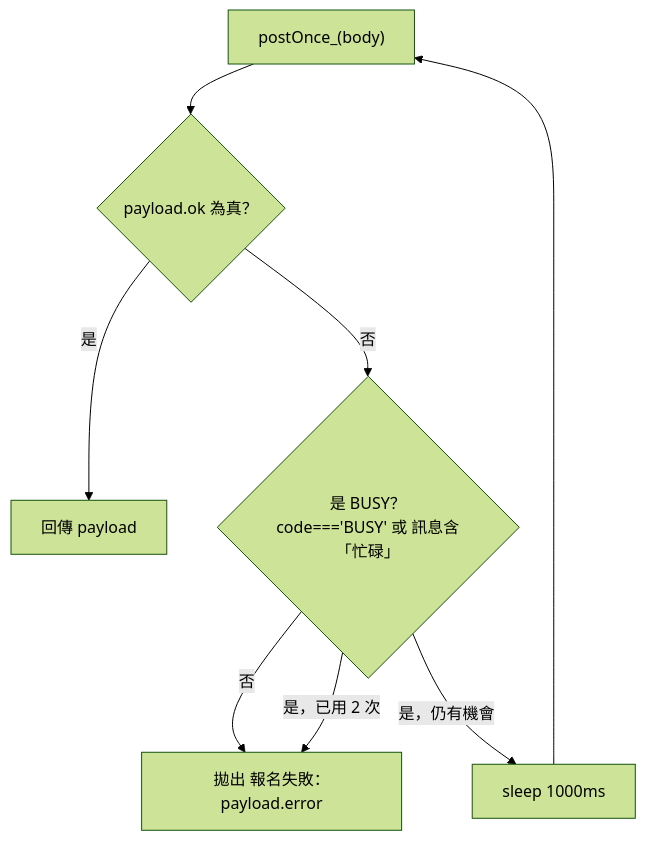
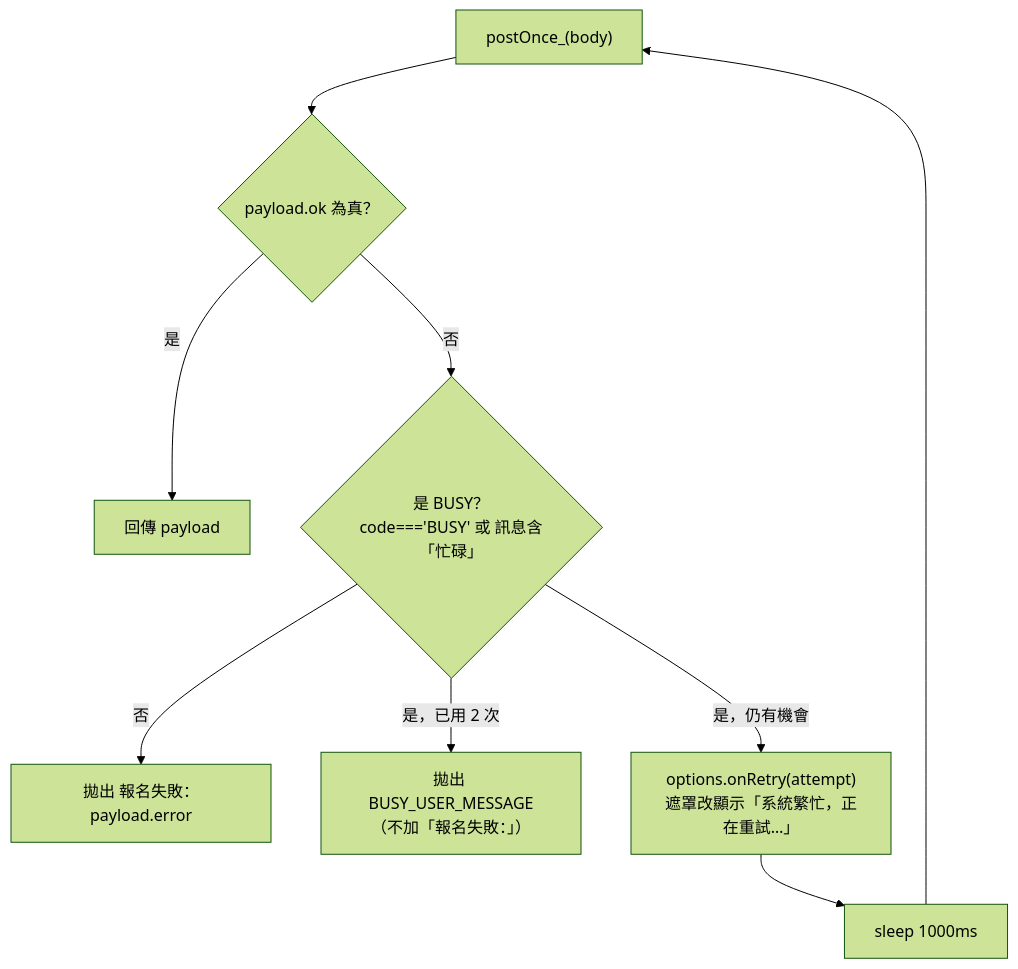
The seventh of 10 diagrams in 2026-09-26 - 📄 NEW PAGE - Me Time 充充電報名表/doc/api.md (otc-application/otc-application-form), drawn with Mermaid (forest theme) before and after one commit. The commit also changed other lines of this file and 6 other files, not shown here.

````diff
--- a/2026-09-26 - 📄 NEW PAGE - Me Time 充充電報名表/doc/api.md
+++ b/2026-09-26 - 📄 NEW PAGE - Me Time 充充電報名表/doc/api.md
@@ -444,9 +464,9 @@
 ```mermaid
 flowchart TB
     S["postOnce_(body)"] --> C1{"payload.ok 為真？"}
     C1 -->|"是"| OK["回傳 payload"]
     C1 -->|"否"| C2{"是 BUSY？<br/>code==='BUSY' 或 訊息含「忙碌」"}
     C2 -->|"否"| ERR["拋出 報名失敗：payload.error"]
-    C2 -->|"是，已用 2 次"| ERR
-    C2 -->|"是，仍有機會"| W["sleep 1000ms"] --> S
+    C2 -->|"是，已用 2 次"| ERR2["拋出 BUSY_USER_MESSAGE<br/>（不加「報名失敗：」）"]
+    C2 -->|"是，仍有機會"| CB["options.onRetry(attempt)<br/>遮罩改顯示「系統繁忙，正在重試…」"] --> W["sleep 1000ms"] --> S
 ```
````
